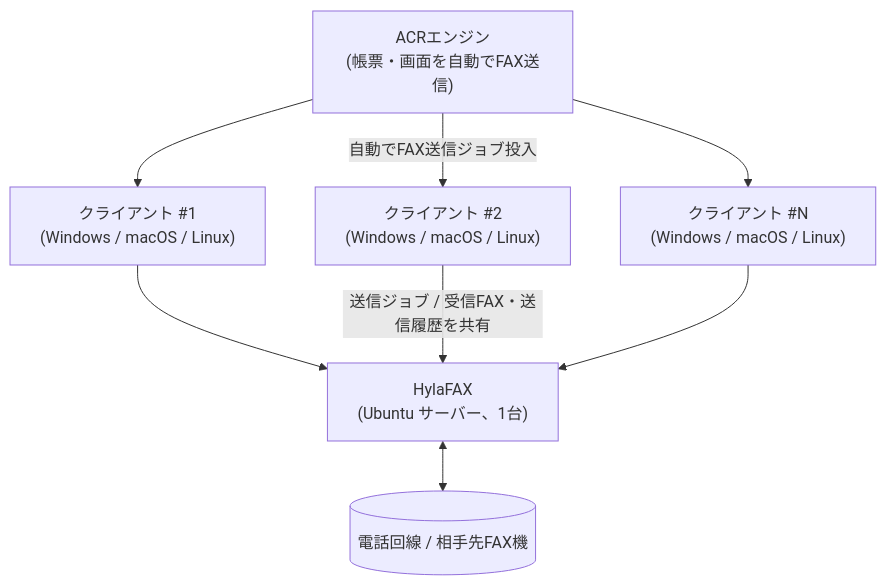
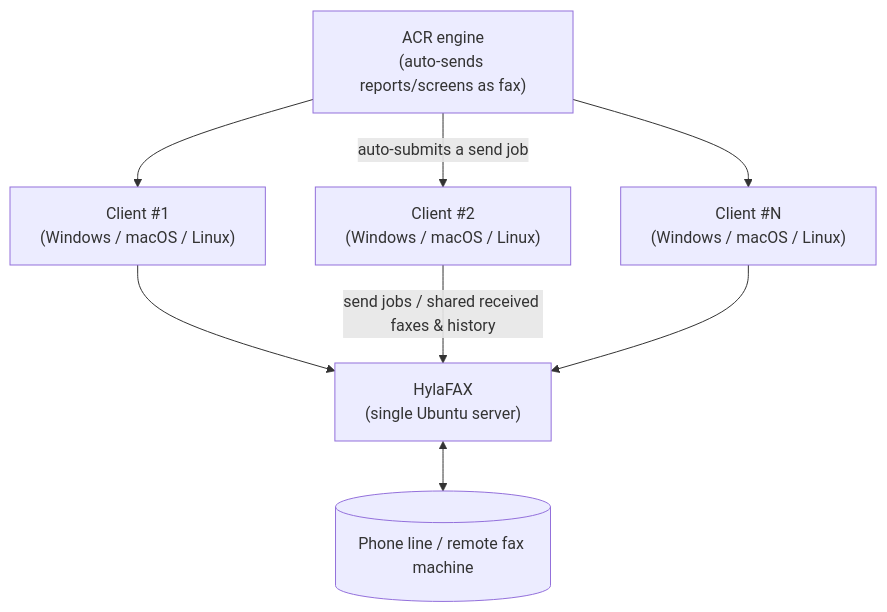
Before and after one commit to acrossreport/acr-fax: the diagram in README.md, drawn with Mermaid. The commit also changed other lines of this file and 1 other file, not shown here.

````diff
--- a/README.md
+++ b/README.md
@@ -28,17 +33,17 @@
 ```mermaid
 flowchart TB
-    ACR["ACRエンジン<br/>(帳票・画面を自動でFAX送信)"]
-    C1["クライアント #1<br/>(Windows / macOS / Linux)"]
-    C2["クライアント #2<br/>(Windows / macOS / Linux)"]
-    C3["クライアント #N<br/>(Windows / macOS / Linux)"]
-    HF["HylaFAX<br/>(Ubuntu サーバー、1台)"]
-    PSTN[("電話回線 / 相手先FAX機")]
+    ACR["ACR engine<br/>(auto-sends reports/screens as fax)"]
+    C1["Client #1<br/>(Windows / macOS / Linux)"]
+    C2["Client #2<br/>(Windows / macOS / Linux)"]
+    C3["Client #N<br/>(Windows / macOS / Linux)"]
+    HF["HylaFAX<br/>(single Ubuntu server)"]
+    PSTN[("Phone line / remote fax machine")]
 
     ACR --> C1
-    ACR -- "自動でFAX送信ジョブ投入" --> C2
+    ACR -- "auto-submits a send job" --> C2
     ACR --> C3
     C1 --> HF
-    C2 -- "送信ジョブ / 受信FAX・送信履歴を共有" --> HF
+    C2 -- "send jobs / shared received faxes & history" --> HF
     C3 --> HF
     HF <--> PSTN
 ```
````
